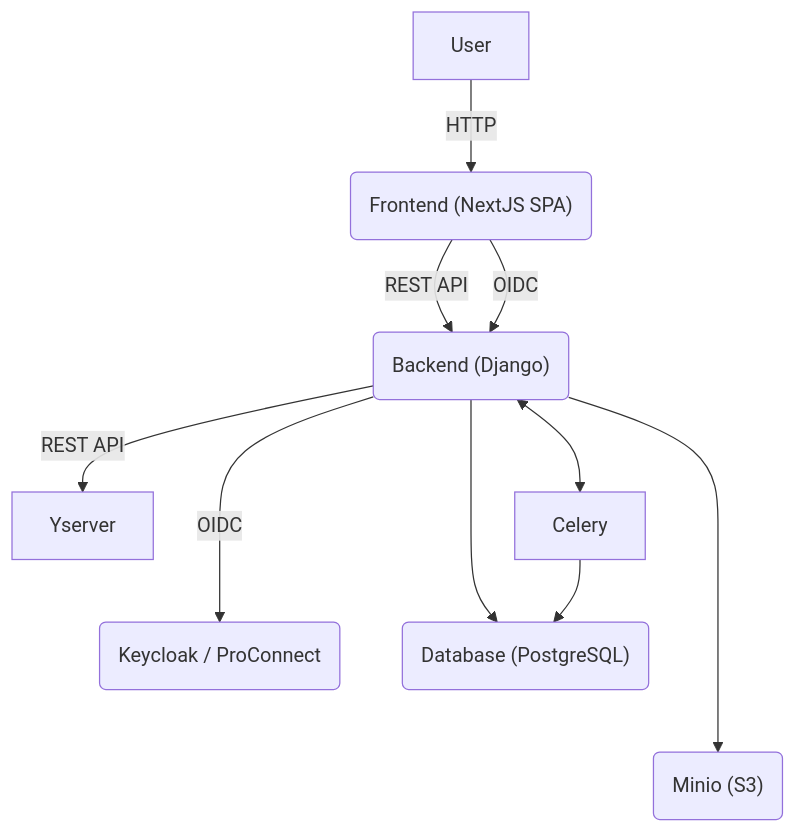
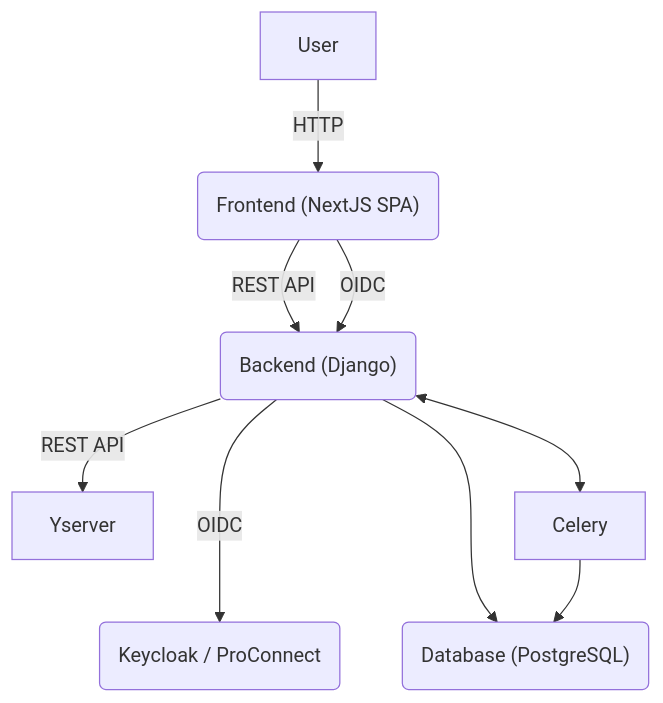
The diagram in docs/architecture.md (suitenumerique/conversations), drawn with Mermaid before and after one commit. The commit also changed 16 other files, not shown here.

````diff
--- a/docs/architecture.md
+++ b/docs/architecture.md
@@ -5,10 +5,9 @@
 ```mermaid
 flowchart TD
     User -- HTTP --> Front("Frontend (NextJS SPA)")
     Front -- REST API --> Back("Backend (Django)")
     Front -- OIDC --> Back -- OIDC ---> OIDC("Keycloak / ProConnect")
     Back -- REST API --> Yserver
     Back --> DB("Database (PostgreSQL)")
     Back <--> Celery --> DB
-    Back ----> S3("Minio (S3)")
 ```
````
